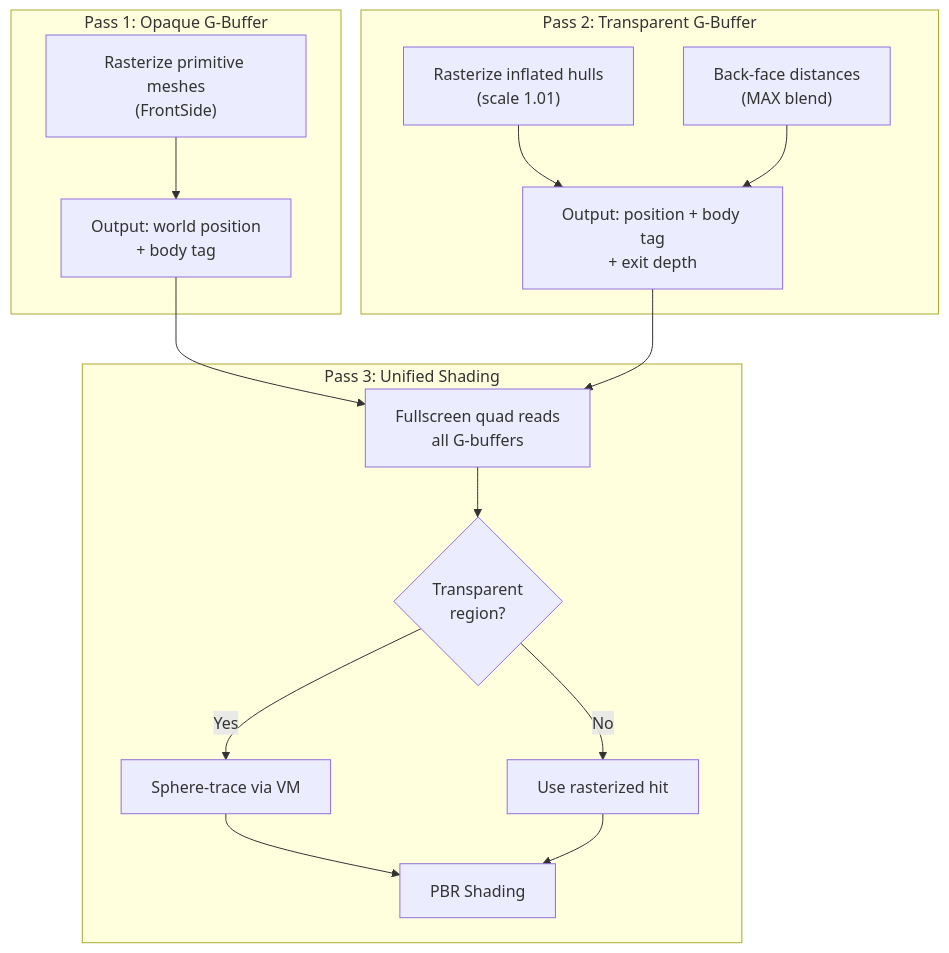
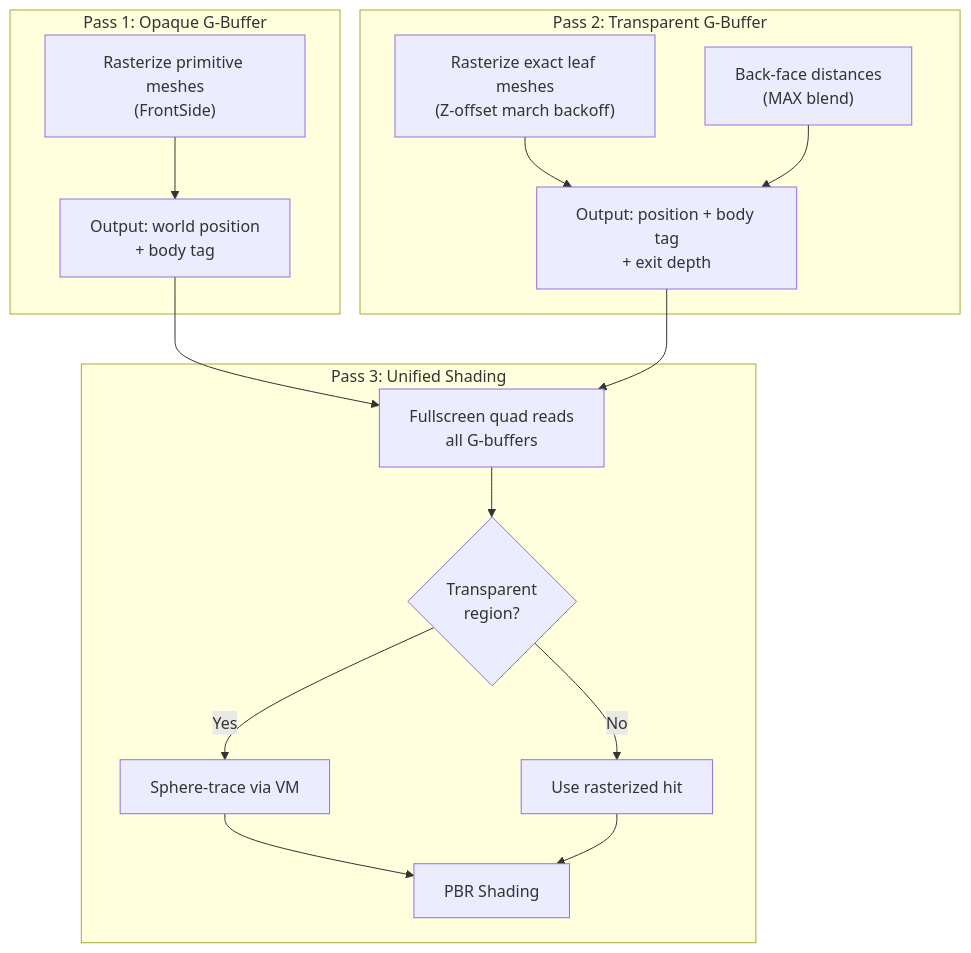
The third of 9 diagrams in docs/ARCHITECTURE.md (SebastianBaltes/fielddraft), drawn with Mermaid before and after one commit. The commit also changed other lines of this file and 4 other files, not shown here.

First line of the commit message:
chore(repo): Altlasten entfernen + ARCHITECTURE.md-Drift beheben (Review 2026-07, Block 1)

````diff
--- a/docs/ARCHITECTURE.md
+++ b/docs/ARCHITECTURE.md
@@ -417,24 +417,24 @@
 ```mermaid
 graph TD
     subgraph "Pass 1: Opaque G-Buffer"
         P1["Rasterize primitive meshes\n(FrontSide)"] --> P1out["Output: world position\n+ body tag"]
     end
 
     subgraph "Pass 2: Transparent G-Buffer"
-        P2a["Rasterize inflated hulls\n(scale 1.01)"]
+        P2a["Rasterize exact leaf meshes\n(Z-offset march backoff)"]
         P2b["Back-face distances\n(MAX blend)"]
         P2a --> P2out["Output: position + body tag\n+ exit depth"]
         P2b --> P2out
     end
 
     subgraph "Pass 3: Unified Shading"
         P3["Fullscreen quad reads\nall G-buffers"] --> P3b{"Transparent\nregion?"}
         P3b -- "Yes" --> P3c["Sphere-trace via VM"]
         P3b -- "No" --> P3d["Use rasterized hit"]
         P3c --> PBR["PBR Shading"]
         P3d --> PBR
     end
 
     P1out --> P3
     P2out --> P3
 ```
````
